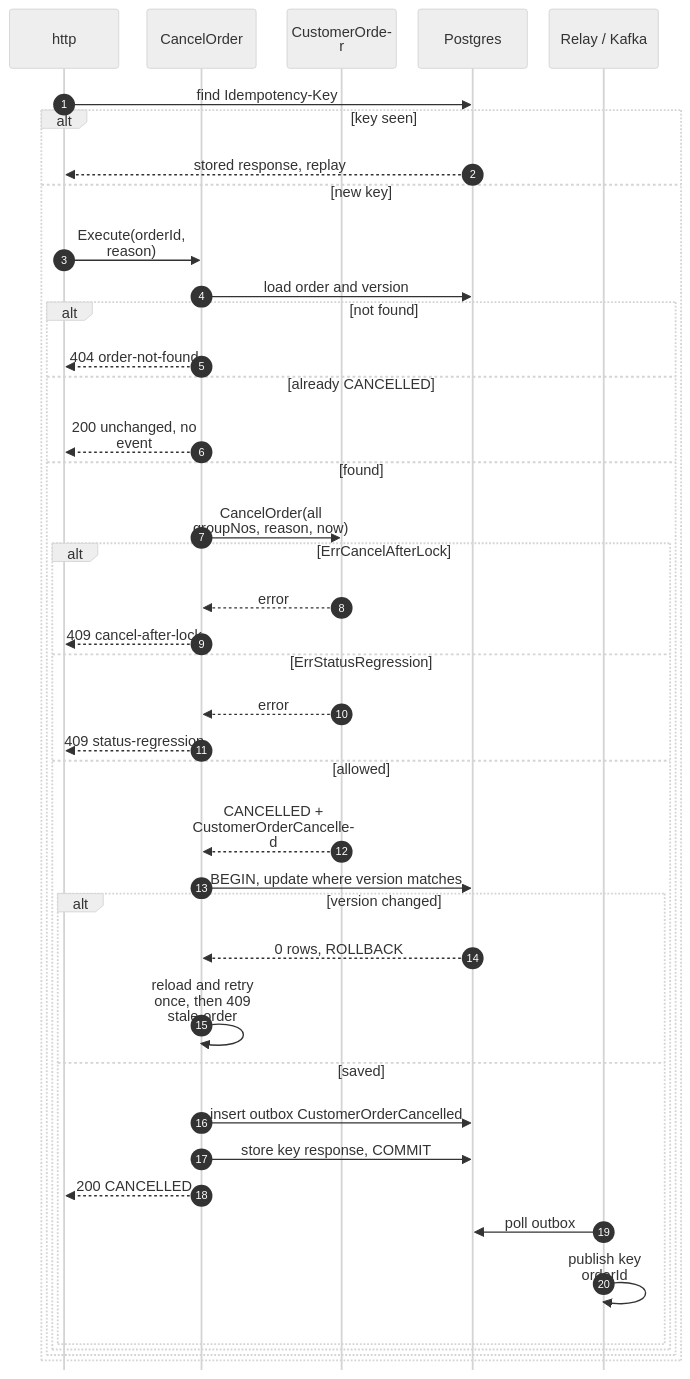
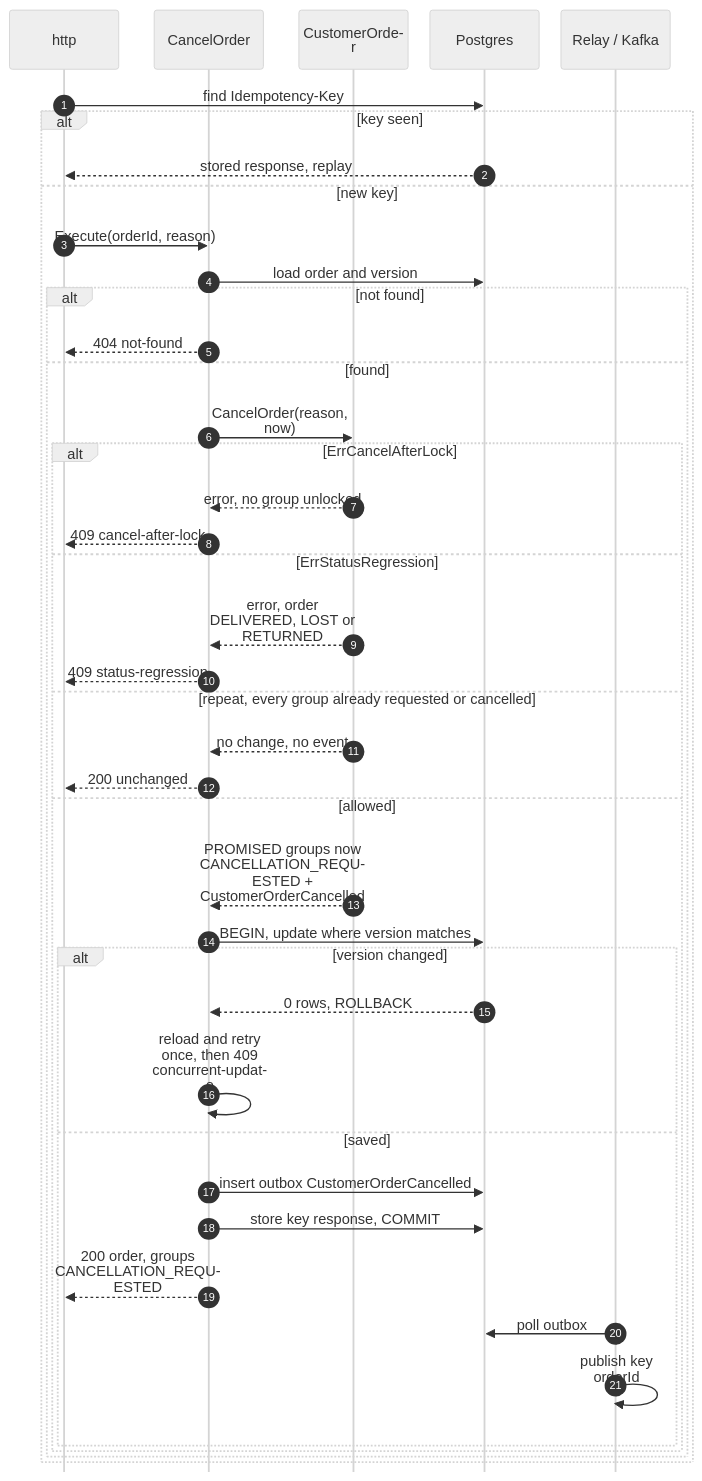
The second of 8 diagrams in network/docs/contexts/customer-ordering/sequence-diagrams.md (IQVO/warehouse-docs), drawn with Mermaid (neutral theme) before and after one commit. The commit also changed other lines of this file and 11 other files, not shown here.

Commit message:
docs(network): customer-ordering pack and model follow the repo (A9 shopper check, derived status, cancel request, slugs, PromiseUnkeepable)

````diff
--- a/network/docs/contexts/customer-ordering/sequence-diagrams.md
+++ b/network/docs/contexts/customer-ordering/sequence-diagrams.md
@@ -91,44 +95,45 @@
 ```mermaid
 %%{init: {"sequence": {"wrap": true, "width": 120, "actorMargin": 24, "messageMargin": 28, "boxMargin": 6, "noteMargin": 6, "mirrorActors": false}}}%%
 sequenceDiagram
     autonumber
     participant H as http
     participant UC as CancelOrder
     participant A as CustomerOrder
     participant DB as Postgres
     participant K as Relay / Kafka
     H->>DB: find Idempotency-Key
     alt key seen
         DB-->>H: stored response, replay
     else new key
         H->>UC: Execute(orderId, reason)
         UC->>DB: load order and version
         alt not found
-            UC-->>H: 404 order-not-found
-        else already CANCELLED
-            UC-->>H: 200 unchanged, no event
+            UC-->>H: 404 not-found
         else found
-            UC->>A: CancelOrder(all groupNos, reason, now)
+            UC->>A: CancelOrder(reason, now)
             alt ErrCancelAfterLock
-                A-->>UC: error
+                A-->>UC: error, no group unlocked
                 UC-->>H: 409 cancel-after-lock
             else ErrStatusRegression
-                A-->>UC: error
+                A-->>UC: error, order DELIVERED, LOST or RETURNED
                 UC-->>H: 409 status-regression
+            else repeat, every group already requested or cancelled
+                A-->>UC: no change, no event
+                UC-->>H: 200 unchanged
             else allowed
-                A-->>UC: CANCELLED + CustomerOrderCancelled
+                A-->>UC: PROMISED groups now CANCELLATION_REQUESTED + CustomerOrderCancelled
                 UC->>DB: BEGIN, update where version matches
                 alt version changed
                     DB-->>UC: 0 rows, ROLLBACK
-                    UC->>UC: reload and retry once, then 409 stale-order
+                    UC->>UC: reload and retry once, then 409 concurrent-update
                 else saved
                     UC->>DB: insert outbox CustomerOrderCancelled
                     UC->>DB: store key response, COMMIT
-                    UC-->>H: 200 CANCELLED
+                    UC-->>H: 200 order, groups CANCELLATION_REQUESTED
                     K->>DB: poll outbox
                     K->>K: publish key orderId
                 end
             end
         end
     end
 ```
````
